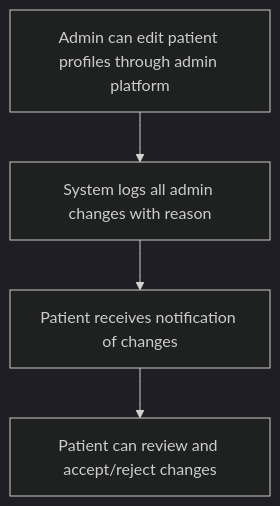
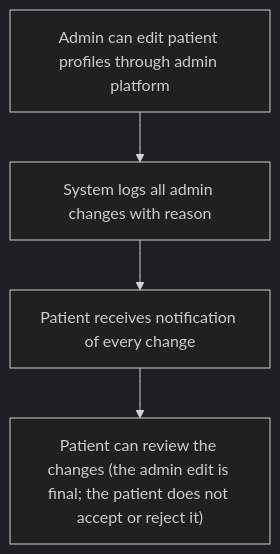
Diagram 13 of 13 in project-requirements/functional-requirements/fr001-patient-authentication/prd.md (joachimtrungtuan/hairline-pm-docs), drawn with Mermaid (dark theme) before and after one commit. The commit also changed other lines of this file and 40 other files, not shown here.

````diff
--- a/project-requirements/functional-requirements/fr001-patient-authentication/prd.md
+++ b/project-requirements/functional-requirements/fr001-patient-authentication/prd.md
@@ -294,6 +299,6 @@
 ```mermaid
 flowchart TD
   W4D1_1["Admin can edit patient profiles through admin platform"] --> W4D1_2["System logs all admin changes with reason"]
-  W4D1_2 --> W4D1_3["Patient receives notification of changes"]
-  W4D1_3 --> W4D1_4["Patient can review and accept/reject changes"]
+  W4D1_2 --> W4D1_3["Patient receives notification of every change"]
+  W4D1_3 --> W4D1_4["Patient can review the changes (the admin edit is final; the patient does not accept or reject it)"]
 ```
````
